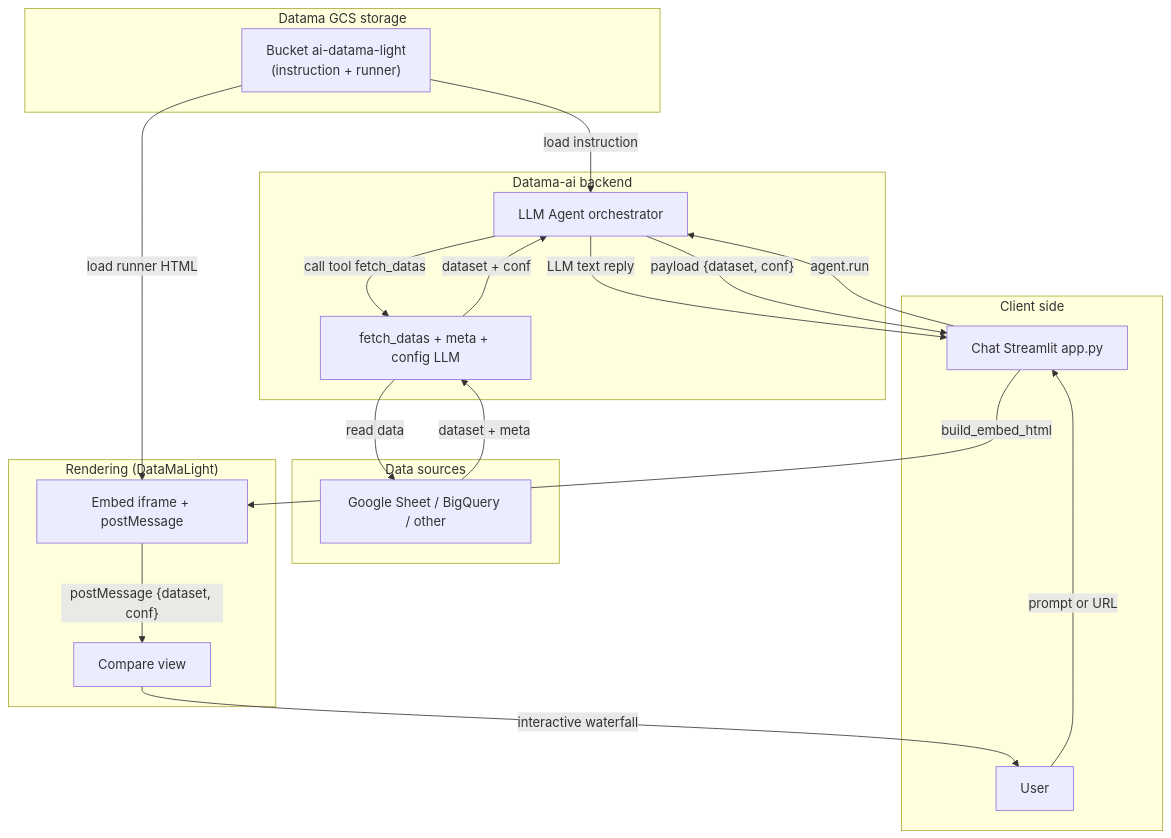
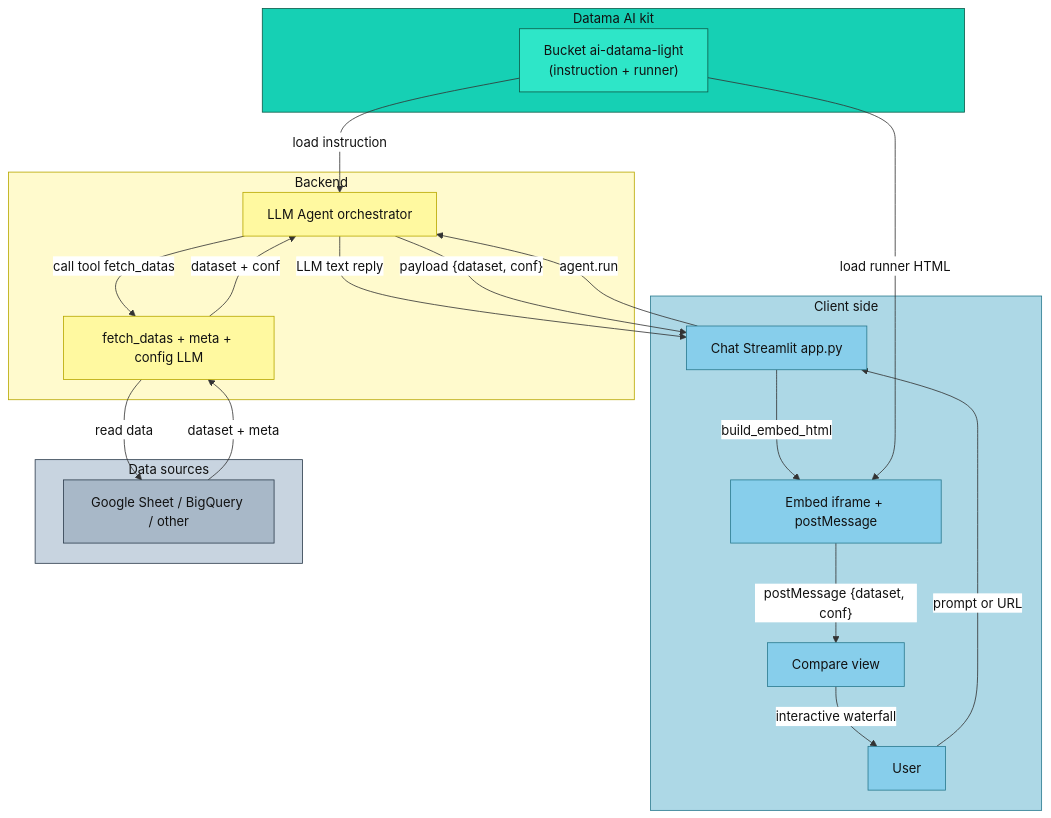
The diagram in ARCHITECTURE_DATAMA_AI_MERMAID.md (DataMa-Solutions/datama-ai), drawn with Mermaid before and after one commit. The commit also changed 1 other file, not shown here.

Commit message:
Edit of documentation

````diff
--- a/ARCHITECTURE_DATAMA_AI_MERMAID.md
+++ b/ARCHITECTURE_DATAMA_AI_MERMAID.md
@@ -3,44 +3,78 @@
 ```mermaid
+%%{init: {'theme': 'base', 'themeVariables': {
+  'darkMode': 'false',
+  'background': '#ffffff',
+  'primaryColor': '#e8e8e8',
+  'primaryTextColor': '#111111',
+  'primaryBorderColor': '#333333',
+  'secondaryColor': '#e0e0e0',
+  'secondaryTextColor': '#111111',
+  'secondaryBorderColor': '#333333',
+  'tertiaryColor': '#d8d8d8',
+  'tertiaryTextColor': '#111111',
+  'tertiaryBorderColor': '#333333',
+  'lineColor': '#333333',
+  'textColor': '#111111',
+  'mainBkg': '#eeeeee',
+  'nodeBorder': '#333333',
+  'nodeTextColor': '#111111',
+  'clusterBkg': '#e8e8e8',
+  'clusterBorder': '#333333',
+  'titleColor': '#111111',
+  'defaultLinkColor': '#333333',
+  'edgeLabelBackground': '#ffffff'
+}}}%%
 flowchart TB
-    subgraph Storage["Datama GCS storage"]
+    subgraph Storage["Datama AI kit"]
         GCS["Bucket ai-datama-light\n(instruction + runner)"]
     end
 
     subgraph Client["Client side"]
         U["User"]
         STREAM["Chat Streamlit app.py"]
+        EMBED["Embed iframe + postMessage"]
+        VIEW["Compare view"]
     end
 
-    subgraph Backend["Datama-ai backend"]
+    subgraph Backend["Backend"]
         AG["LLM Agent orchestrator"]
         FETCH["fetch_datas + meta + config LLM"]
     end
 
     subgraph Sources["Data sources"]
         SOURCE["Google Sheet / BigQuery / other"]
-    end
-
-    subgraph Light["Rendering (DataMaLight)"]
-        EMBED["Embed iframe + postMessage"]
-        VIEW["Compare view"]
     end
 
     %% User -> backend flow
     U -->|"prompt or URL"| STREAM
     STREAM -->|"agent.run"| AG
     AG -->|"LLM text reply"| STREAM
 
     %% Config and data flow
     GCS -->|"load instruction"| AG
     AG -->|"call tool fetch_datas"| FETCH
     FETCH -->|"read data"| SOURCE
     SOURCE -->|"dataset + meta"| FETCH
     FETCH -->|"dataset + conf"| AG
     AG -->|"payload {dataset, conf}"| STREAM
 
     %% Rendering flow
     STREAM -->|"build_embed_html"| EMBED
     GCS -->|"load runner HTML"| EMBED
     EMBED -->|"postMessage {dataset, conf}"| VIEW
     VIEW -->|"interactive waterfall"| U
+
+    %% Subgraph styles: fill + dark text + dark border (readable in dark mode)
+    style Storage fill:#16D0B4,stroke:#0d5c4a,color:#111111
+    style Client fill:#add8e6,stroke:#2a7a8f,color:#111111
+    style Backend fill:#fffacd,stroke:#b8a800,color:#111111
+    style Sources fill:#c8d4e0,stroke:#2d3d4d,color:#111111
+    style GCS fill:#2ee6c8,stroke:#0d5c4a,color:#111111
+    style U fill:#87ceeb,stroke:#2a7a8f,color:#111111
+    style STREAM fill:#87ceeb,stroke:#2a7a8f,color:#111111
+    style EMBED fill:#87ceeb,stroke:#2a7a8f,color:#111111
+    style VIEW fill:#87ceeb,stroke:#2a7a8f,color:#111111
+    style AG fill:#fff9a0,stroke:#b8a800,color:#111111
+    style FETCH fill:#fff9a0,stroke:#b8a800,color:#111111
+    style SOURCE fill:#a8b8c8,stroke:#2d3d4d,color:#111111
 ```
````
